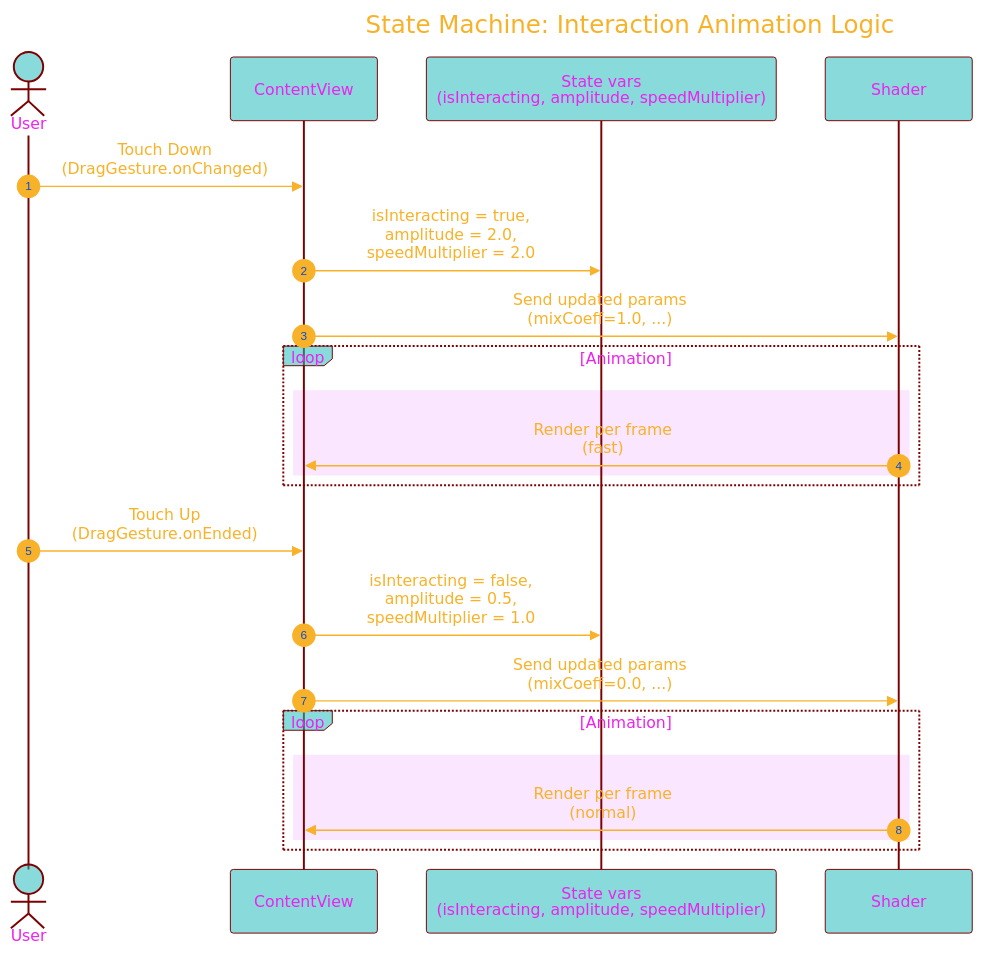
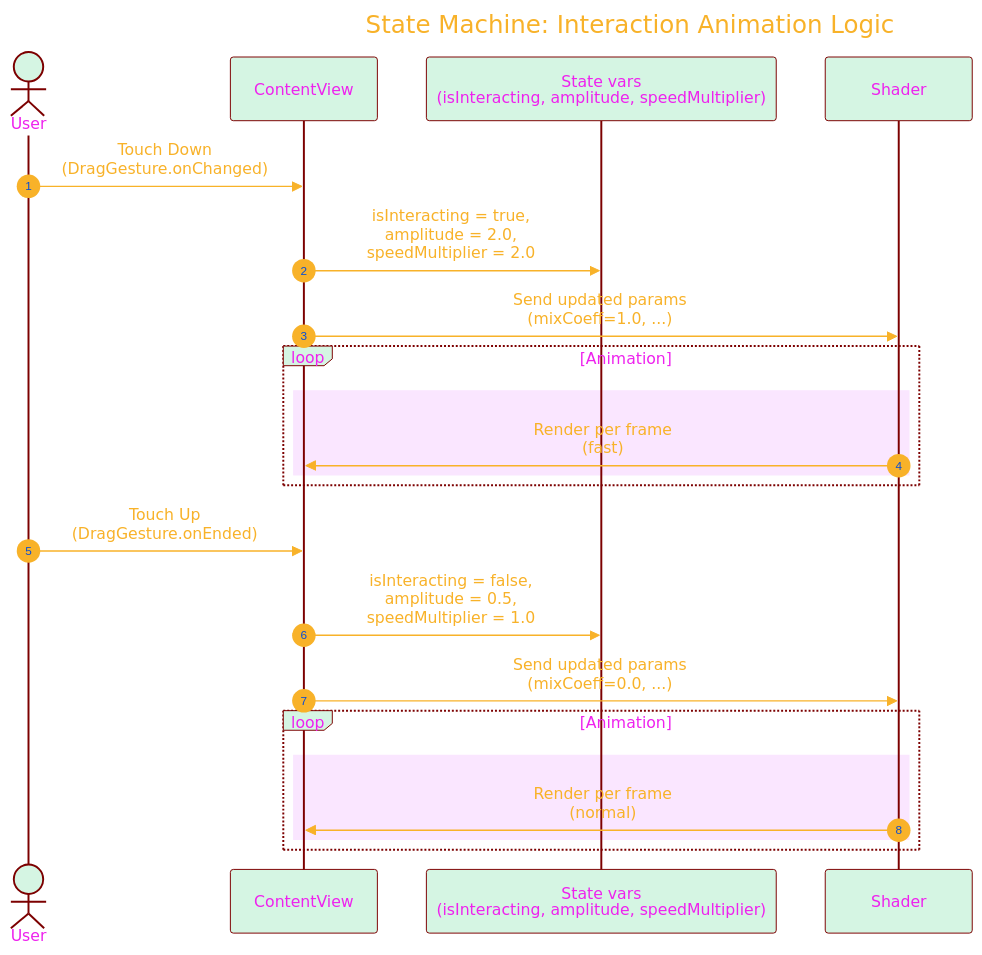
One commit to CongLeSolutionX/Harmonic_Shaders changed the fifth of 8 diagrams in DOCUMENTATION_Draft_2.md. Above: the diagram before and after it, drawn with Mermaid. The commit also changed other lines of this file, not shown here.

````diff
--- a/DOCUMENTATION_Draft_2.md
+++ b/DOCUMENTATION_Draft_2.md
@@ -288,58 +288,58 @@
 ```mermaid
 ---
 title: "State Machine: Interaction Animation Logic"
 author: "Cong Le"
 version: "0.1"
 license(s): "MIT, CC BY 4.0"
 copyright: "Copyright (c) 2025 Cong Le. All Rights Reserved."
 config:
   layout: elk
   theme: base
 ---
 %%%%%%%% Mermaid version v11.4.1-b.14
 %%{
   init: {
     'sequence': { 'mirrorActors': true, 'showSequenceNumbers': true },
     'fontFamily': 'Monaco',
     'themeVariables': {
-      'primaryColor': '#2BB8',
+      'primaryColor': '#D5F5E3',
       'primaryBorderColor': '#7C0000',
       'lineColor': '#F8B229',
       'secondaryColor': '#6122',
       'tertiaryColor': '#fff',
       'fontSize': '15px',
       'textColor': '#F8B229',
       'actorTextColor': '#E2E',
       'fontSize': '25px',
       'stroke':'#033',
       'stroke-width': '0.2px'
     }
   }
 }%%
 sequenceDiagram
     actor User
     
     participant View as ContentView
     participant State as State vars<br/>(isInteracting, amplitude, speedMultiplier)
     participant Shader
     User->>View: Touch Down<br/>(DragGesture.onChanged)
     View->>State: isInteracting = true,<br/>amplitude = 2.0,<br/>speedMultiplier = 2.0
     View->>Shader: Send updated params<br/>(mixCoeff=1.0, ...)
 
     loop Animation
 	    rect rgb(200, 15, 255, 0.1)
 	        Shader->>View: Render per frame<br/>(fast)
         end
     end
 
     User->>View: Touch Up<br/>(DragGesture.onEnded)
     View->>State: isInteracting = false,<br/>amplitude = 0.5,<br/>speedMultiplier = 1.0
     View->>Shader: Send updated params<br/>(mixCoeff=0.0, ...)
     
     loop Animation
 	    rect rgb(200, 15, 255, 0.1)
 	        Shader->>View: Render per frame<br/>(normal)
         end
     end
     
 ```
````
